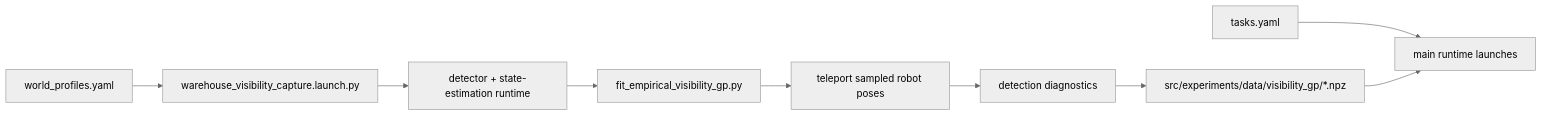
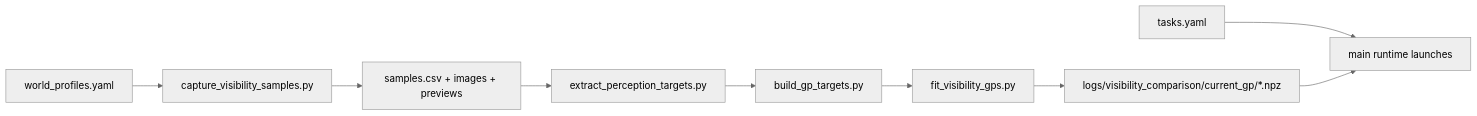
The first of 2 diagrams in docs/runtime_dataflow.md (JoostLeliveld/UnembodiedNavigation), drawn with Mermaid (neutral theme) before and after one commit. The commit also changed other lines of this file and 31 other files, not shown here.

````diff
--- a/docs/runtime_dataflow.md
+++ b/docs/runtime_dataflow.md
@@ -33,11 +33,11 @@
 ```mermaid
 flowchart LR
-    A[world_profiles.yaml] --> B[warehouse_visibility_capture.launch.py]
-    B --> C[detector + state-estimation runtime]
-    C --> D[fit_empirical_visibility_gp.py]
-    D --> E[teleport sampled robot poses]
-    E --> F[detection diagnostics]
-    F --> G[src/experiments/data/visibility_gp/*.npz]
+    A[world_profiles.yaml] --> B[capture_visibility_samples.py]
+    B --> C[samples.csv + images + previews]
+    C --> D[extract_perception_targets.py]
+    D --> E[build_gp_targets.py]
+    E --> F[fit_visibility_gps.py]
+    F --> G[logs/visibility_comparison/current_gp/*.npz]
     H[tasks.yaml] --> I[main runtime launches]
     G --> I
 ```
````
